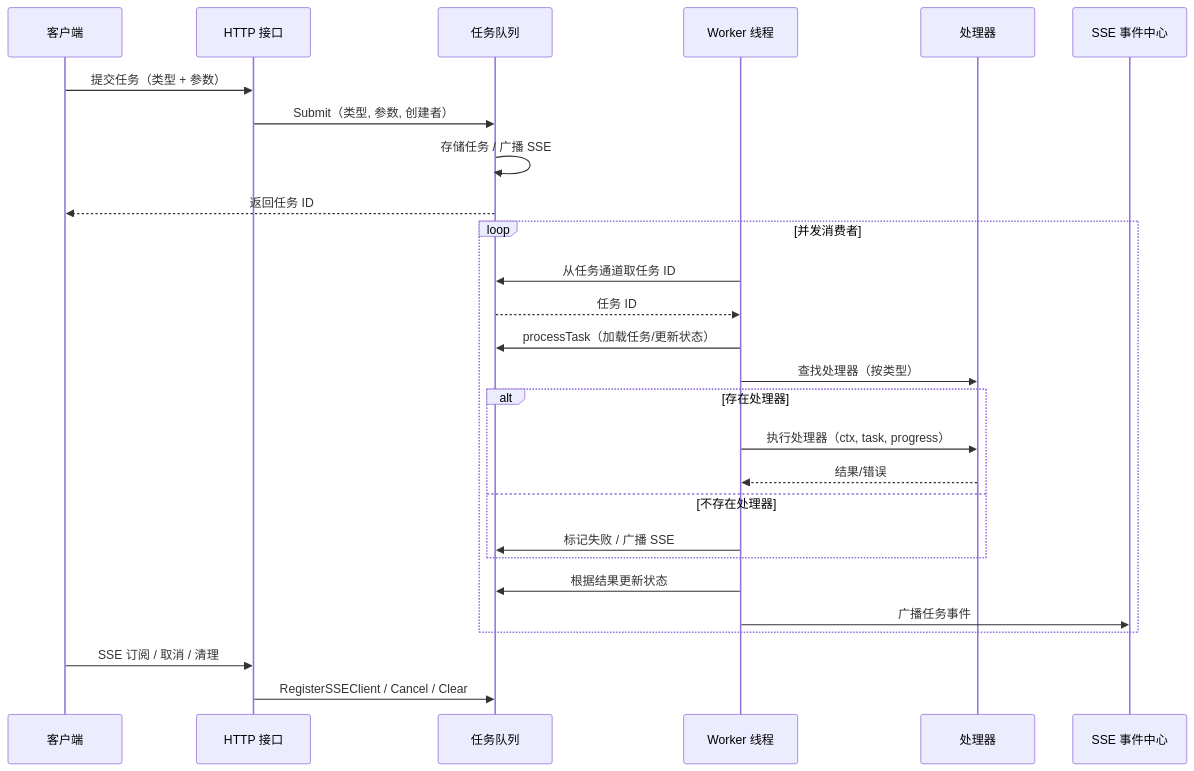
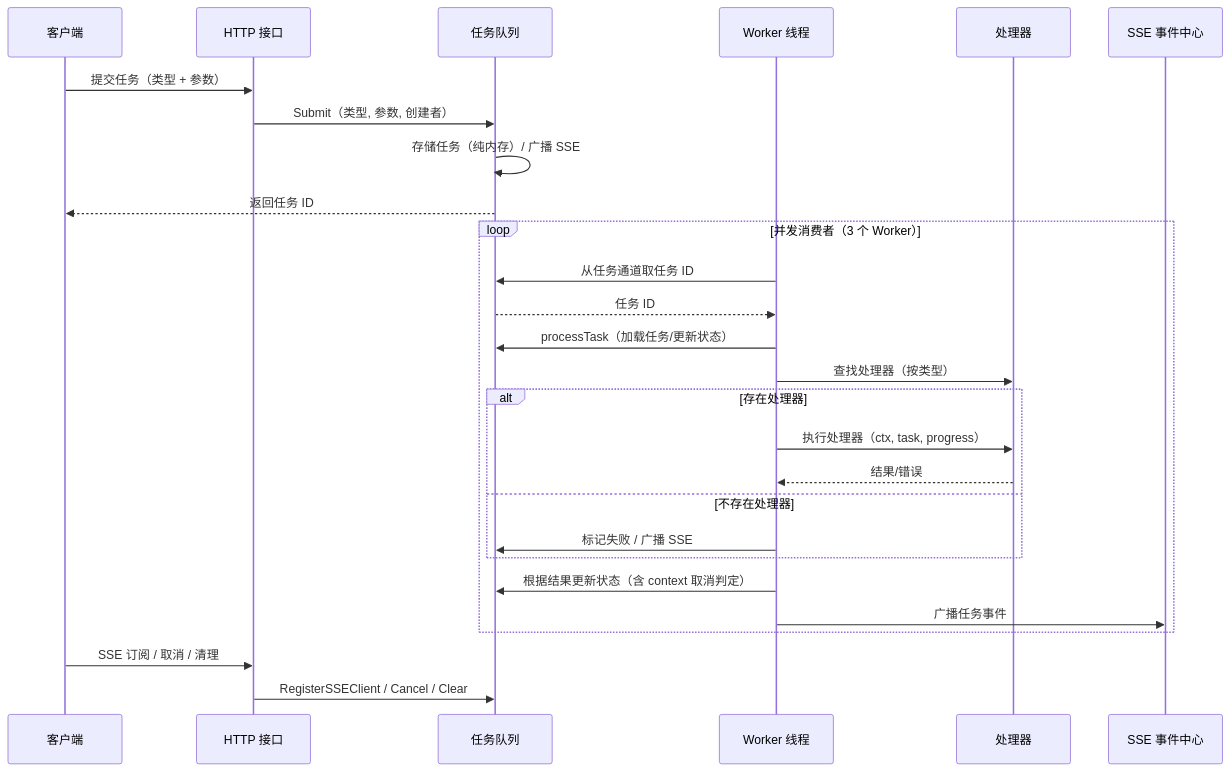
One commit to QVMConsole/docs changed diagram 12 of 18 in docs/feature-analysis/qvmconsole-architecture.mdx. Above: the diagram before and after it, drawn with Mermaid. The commit also changed other lines of this file and 37 other files, not shown here.

````diff
--- a/docs/feature-analysis/qvmconsole-architecture.mdx
+++ b/docs/feature-analysis/qvmconsole-architecture.mdx
@@ -598,32 +676,32 @@
 ```mermaid
 sequenceDiagram
     participant C as 客户端
     participant API as HTTP 接口
     participant Q as 任务队列
     participant W as Worker 线程
     participant H as 处理器
     participant SSE as SSE 事件中心
 
     C->>API: 提交任务（类型 + 参数）
     API->>Q: Submit（类型, 参数, 创建者）
-    Q->>Q: 存储任务 / 广播 SSE
+    Q->>Q: 存储任务（纯内存）/ 广播 SSE
     Q-->>C: 返回任务 ID
 
-    loop 并发消费者
+    loop 并发消费者（3 个 Worker）
         W->>Q: 从任务通道取任务 ID
         Q-->>W: 任务 ID
         W->>Q: processTask（加载任务/更新状态）
         W->>H: 查找处理器（按类型）
         alt 存在处理器
             W->>H: 执行处理器（ctx, task, progress）
             H-->>W: 结果/错误
         else 不存在处理器
             W->>Q: 标记失败 / 广播 SSE
         end
-        W->>Q: 根据结果更新状态
+        W->>Q: 根据结果更新状态（含 context 取消判定）
         W->>SSE: 广播任务事件
     end
 
     C->>API: SSE 订阅 / 取消 / 清理
     API->>Q: RegisterSSEClient / Cancel / Clear
 ```
````
